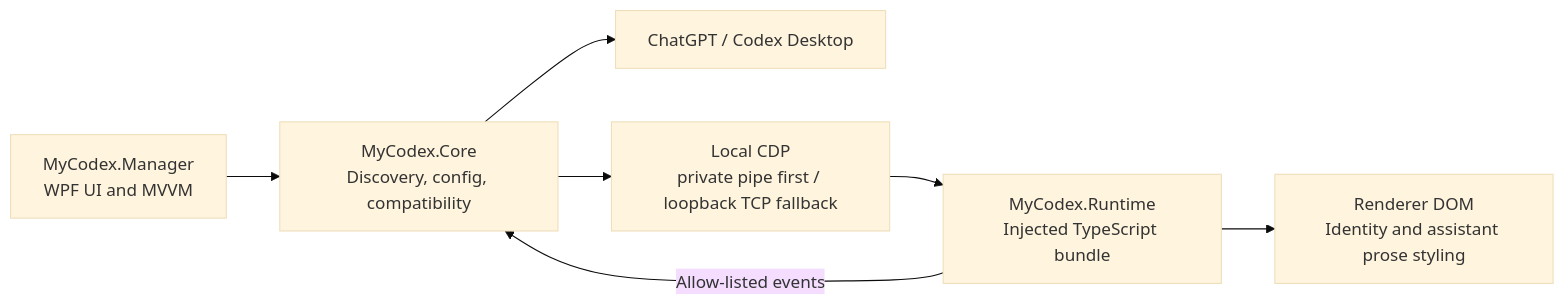
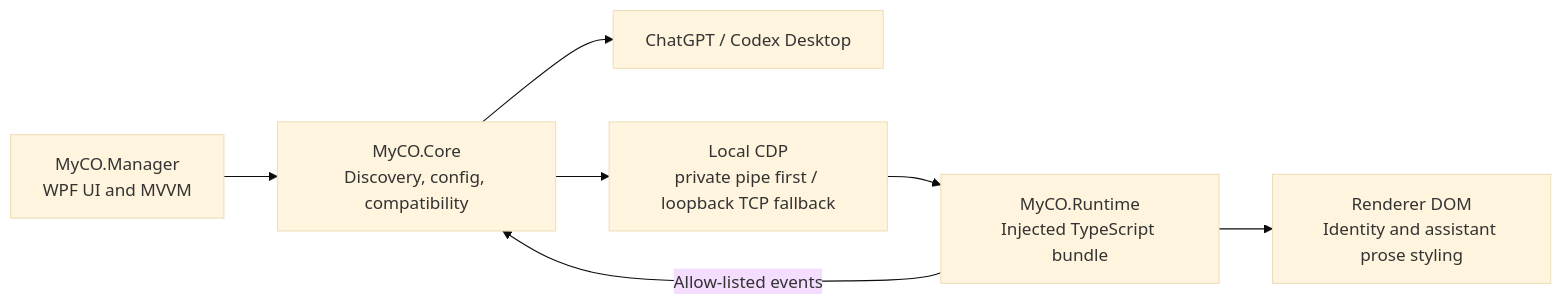
Before and after one commit to crikok0721/MyCO: the second of 2 diagrams in README.en-US.md, drawn with Mermaid (base theme). The commit also changed other lines of this file and 271 other files, not shown here.

````diff
--- a/README.en-US.md
+++ b/README.en-US.md
@@ -218,9 +226,9 @@
 ```mermaid
 flowchart LR
-    UI["MyCodex.Manager<br/>WPF UI and MVVM"] --> Core["MyCodex.Core<br/>Discovery, config, compatibility"]
+    UI["MyCO.Manager<br/>WPF UI and MVVM"] --> Core["MyCO.Core<br/>Discovery, config, compatibility"]
     Core --> Desktop["ChatGPT / Codex Desktop"]
     Core --> CDP["Local CDP<br/>private pipe first / loopback TCP fallback"]
-    CDP --> Runtime["MyCodex.Runtime<br/>Injected TypeScript bundle"]
+    CDP --> Runtime["MyCO.Runtime<br/>Injected TypeScript bundle"]
     Runtime --> DOM["Renderer DOM<br/>Identity and assistant prose styling"]
     Runtime -->|"Allow-listed events"| Core
 ```
````
